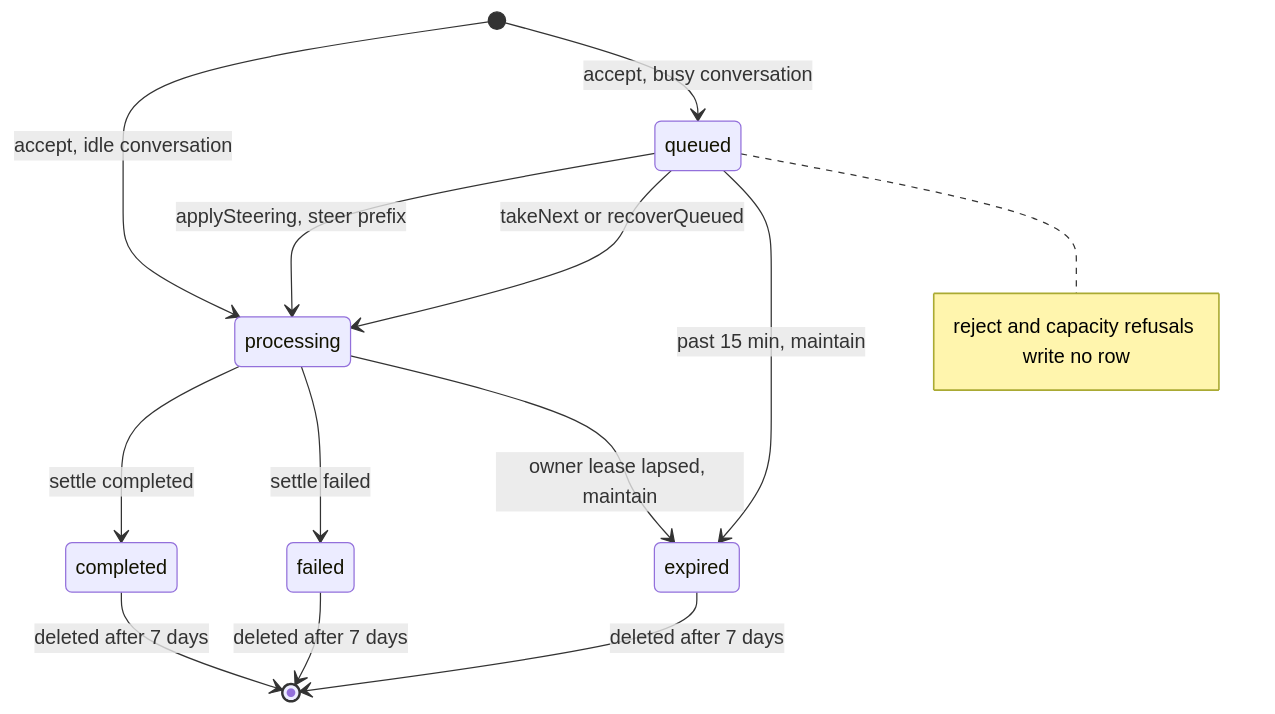
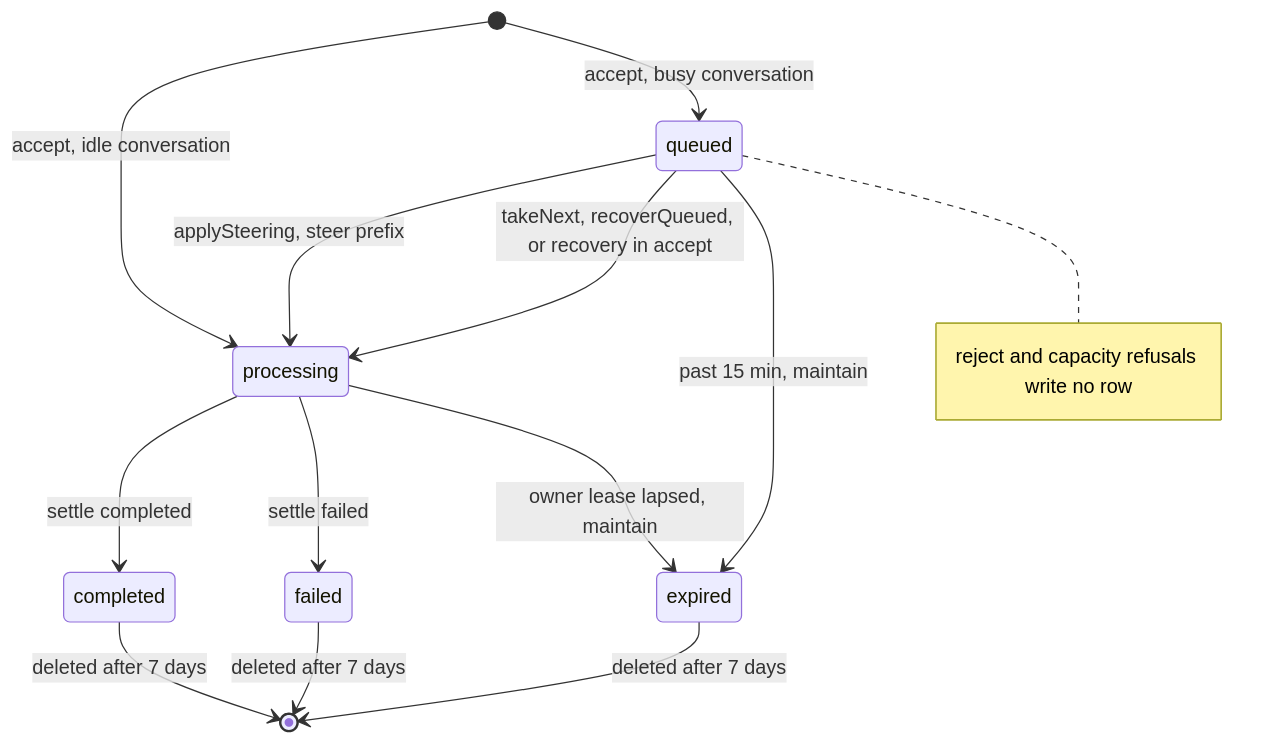
Before and after one commit to beeblastco/broods: the third of 4 diagrams in apps/docs/docs/internals/queue-and-steer.md, drawn with Mermaid. The commit also changed other lines of this file and 8 other files, not shown here.

First line of the commit message:
docs: fix internals diagrams that disagreed with the code

````diff
--- a/apps/docs/docs/internals/queue-and-steer.md
+++ b/apps/docs/docs/internals/queue-and-steer.md
@@ -126,15 +127,15 @@
 ```mermaid
 stateDiagram-v2
   [*] --> processing: accept, idle conversation
   [*] --> queued: accept, busy conversation
   queued --> processing: applySteering, steer prefix
-  queued --> processing: takeNext or recoverQueued
+  queued --> processing: takeNext, recoverQueued, or recovery in accept
   queued --> expired: past 15 min, maintain
   processing --> completed: settle completed
   processing --> failed: settle failed
   processing --> expired: owner lease lapsed, maintain
   completed --> [*]: deleted after 7 days
   failed --> [*]: deleted after 7 days
   expired --> [*]: deleted after 7 days
   note right of queued: reject and capacity refusals write no row
 ```
````
